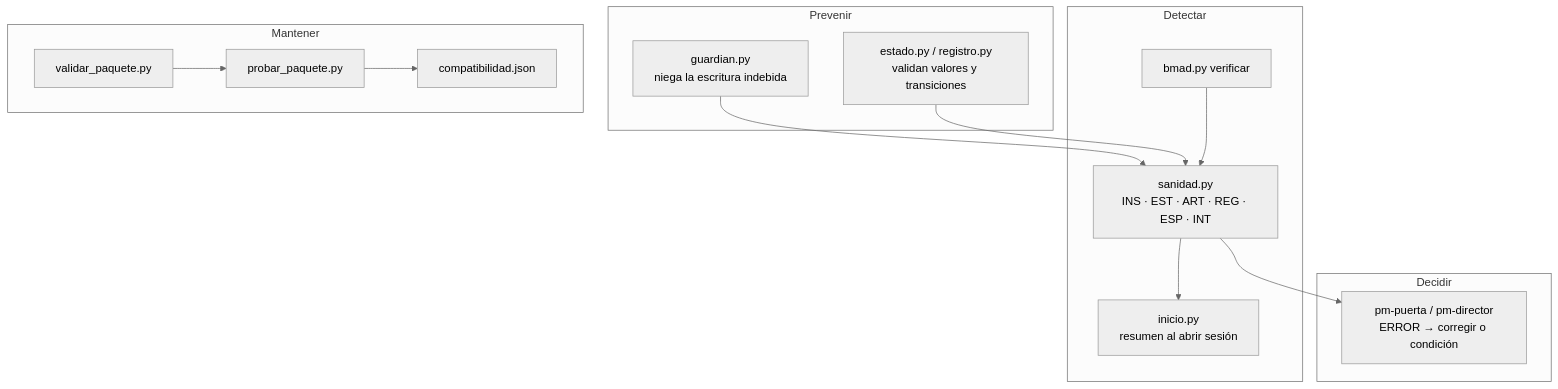
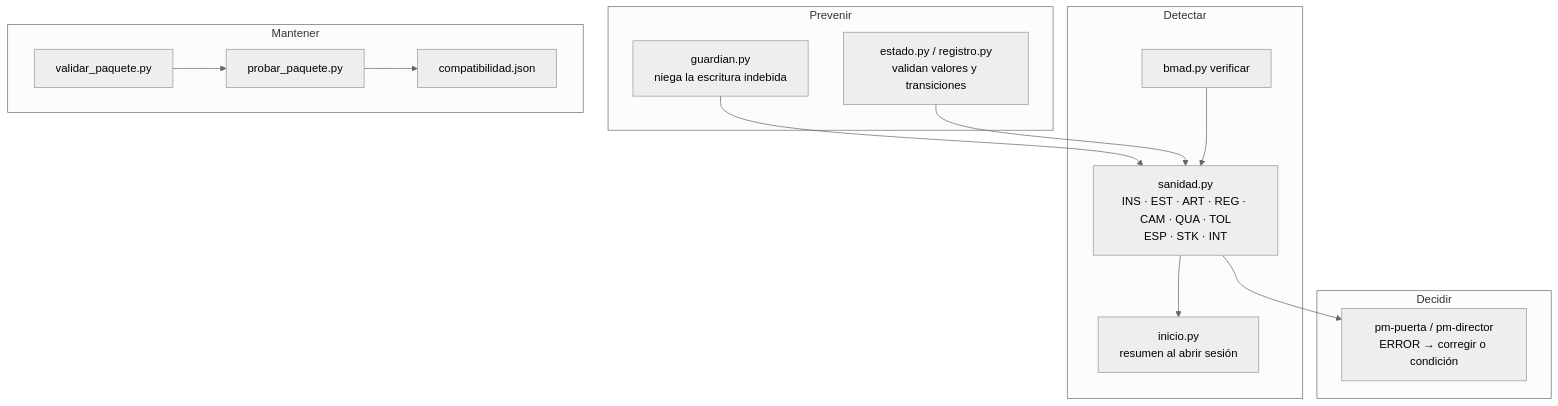
One commit to Arturo-Penas-Rial/pm-method changed the diagram in docs/SANIDAD.md. Above: the diagram before and after it, drawn with Mermaid (neutral theme). The commit also changed other lines of this file and 144 other files, not shown here.

````diff
--- a/docs/SANIDAD.md
+++ b/docs/SANIDAD.md
@@ -21,26 +21,26 @@
 ```mermaid
 flowchart TB
   subgraph Prevenir
     G[guardian.py<br/>niega la escritura indebida]
     S[estado.py / registro.py<br/>validan valores y transiciones]
   end
   subgraph Detectar
-    SA[sanidad.py<br/>INS · EST · ART · REG · ESP · INT]
+    SA[sanidad.py<br/>INS · EST · ART · REG · CAM · QUA · TOL<br/>ESP · STK · INT]
     V[bmad.py verificar]
     I[inicio.py<br/>resumen al abrir sesión]
   end
   subgraph Decidir
     P[pm-puerta / pm-director<br/>ERROR → corregir o condición]
   end
   subgraph Mantener
     VP[validar_paquete.py]
     PP[probar_paquete.py]
     C[compatibilidad.json]
   end
   G --> SA
   S --> SA
   V --> SA
   SA --> I
   SA --> P
   VP --> PP --> C
 ```
````
